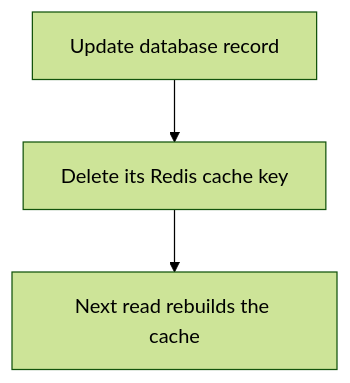
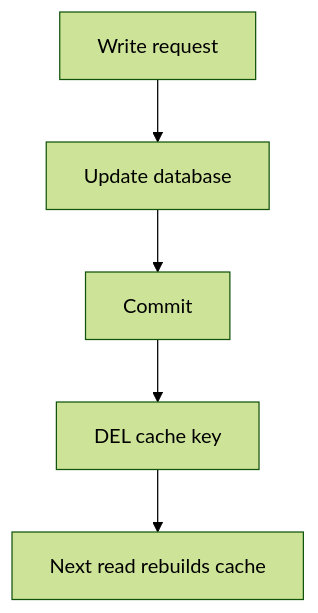
The fourth of 7 diagrams in src/content/caching/cache-invalidation.md (AvadhBhalodiya/Interview-Preparation), drawn with Mermaid (forest theme) before and after one commit. The commit also changed other lines of this file and 54 other files, not shown here.

````diff
--- a/src/content/caching/cache-invalidation.md
+++ b/src/content/caching/cache-invalidation.md
@@ -112,5 +246,7 @@
 ```mermaid
 flowchart TD
-    U[Update database record] --> D[Delete its Redis cache key]
-    D --> R[Next read rebuilds the cache]
+    A[Write request] --> B[Update database]
+    B --> C[Commit]
+    C --> D[DEL cache key]
+    D --> E[Next read rebuilds cache]
 ```
````
